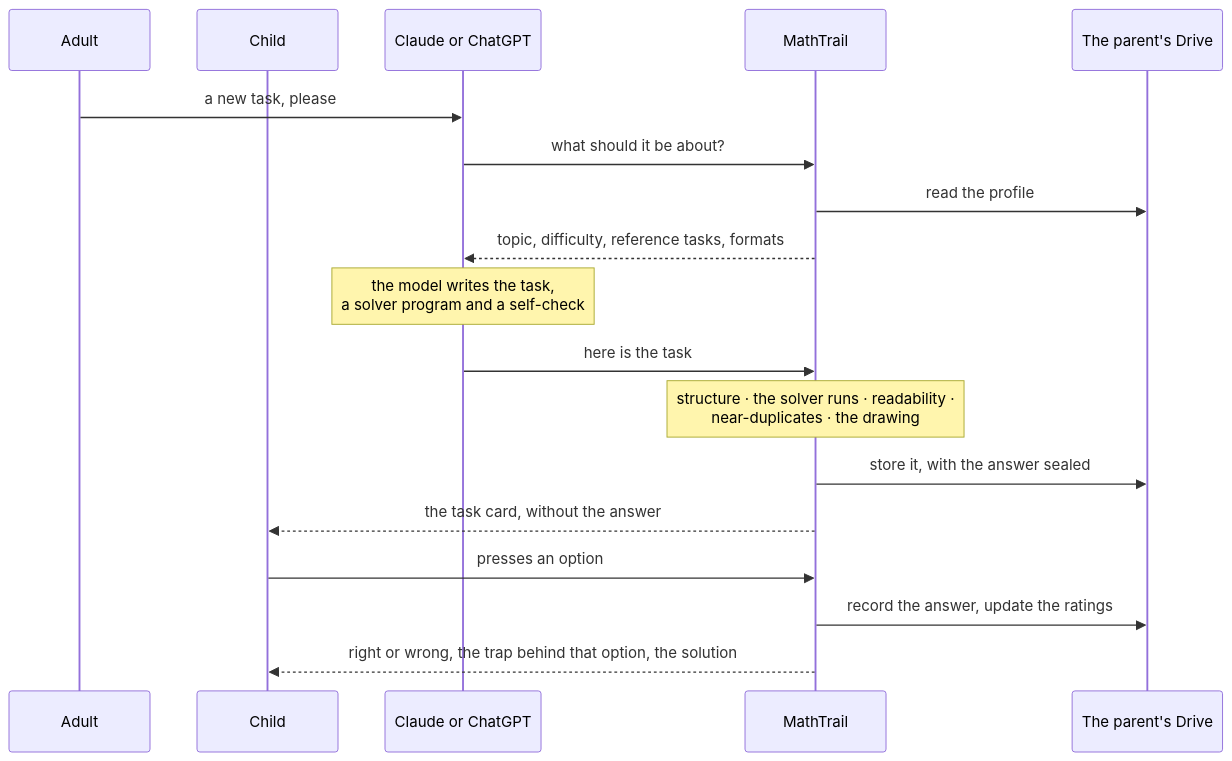
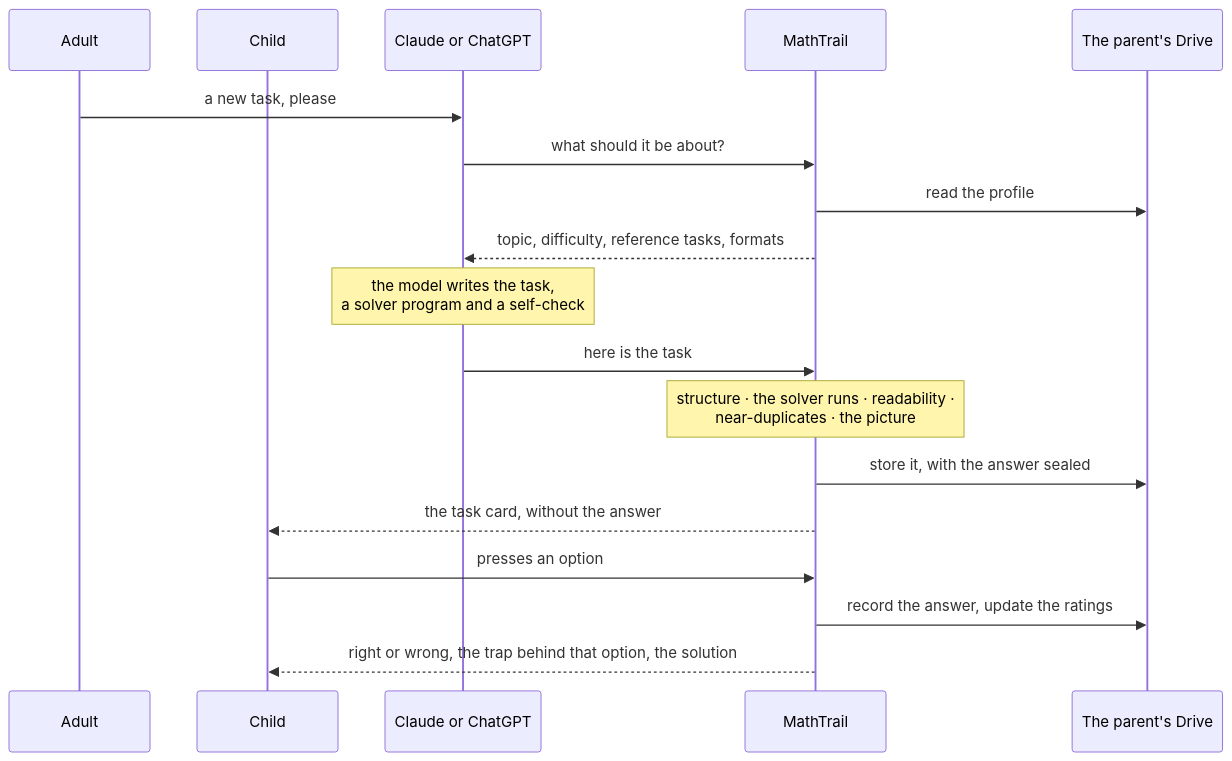
The diagram in README.md (MathTrail/mathtrail-standalone), drawn with Mermaid before and after one commit. The commit also changed other lines of this file and 25 other files, not shown here.

````diff
--- a/README.md
+++ b/README.md
@@ -96,21 +96,21 @@
 ```mermaid
 sequenceDiagram
     participant A as Adult
     participant C as Child
     participant M as Claude or ChatGPT
     participant T as MathTrail
     participant D as The parent's Drive
 
     A->>M: a new task, please
     M->>T: what should it be about?
     T->>D: read the profile
     T-->>M: topic, difficulty, reference tasks, formats
     Note over M: the model writes the task,<br/>a solver program and a self-check
     M->>T: here is the task
-    Note over T: structure · the solver runs · readability ·<br/>near-duplicates · the drawing
+    Note over T: structure · the solver runs · readability ·<br/>near-duplicates · the picture
     T->>D: store it, with the answer sealed
     T-->>C: the task card, without the answer
     C->>T: presses an option
     T->>D: record the answer, update the ratings
     T-->>C: right or wrong, the trap behind that option, the solution
 ```
````
